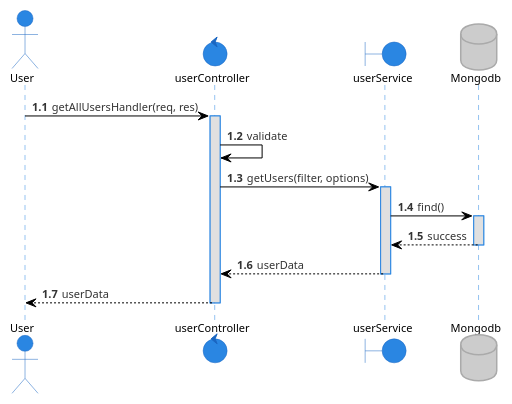
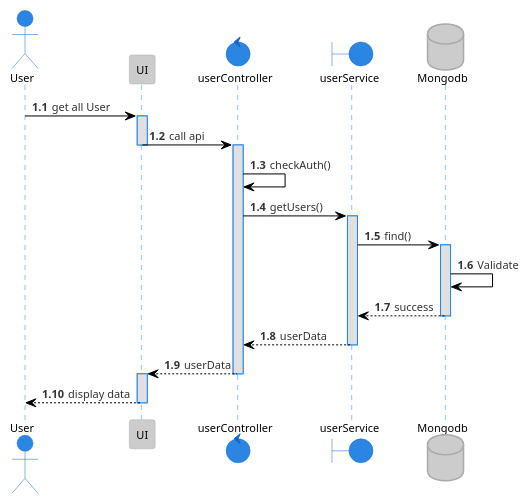
The diagram in plantuml/sequence/user/getAllUser.puml (tuannm99/RMS), drawn with PlantUML before and after one commit. The commit also changed 9 other files, not shown here.

Commit message:
fix - sequence diagram job and user

```diff
--- a/plantuml/sequence/user/getAllUser.puml
+++ b/plantuml/sequence/user/getAllUser.puml
@@ -1,24 +1,32 @@
 @startuml getAllUser
 !theme reddress-lightblue
 
 autonumber 1.1
 actor User
+participant UI
 control  userController
 boundary userService
 database Mongodb
 
-User -> userController: getAllUsersHandler(req, res)
+User -> UI: get all User
+activate UI
+UI -> userController: call api
+deactivate UI
 activate userController
-userController -> userController: validate
-userController -> userService: getUsers(filter, options)
+userController -> userController: checkAuth()
+userController -> userService: getUsers()
 activate userService
 userService -> Mongodb: find()
 activate Mongodb
+Mongodb -> Mongodb: Validate
 Mongodb --> userService: success
 deactivate Mongodb
 userService --> userController: userData
 deactivate userService
-userController --> User: userData
+userController --> UI: userData
 deactivate userController
+activate UI
+UI --> User: display data
+deactivate UI
 
 @enduml
```
